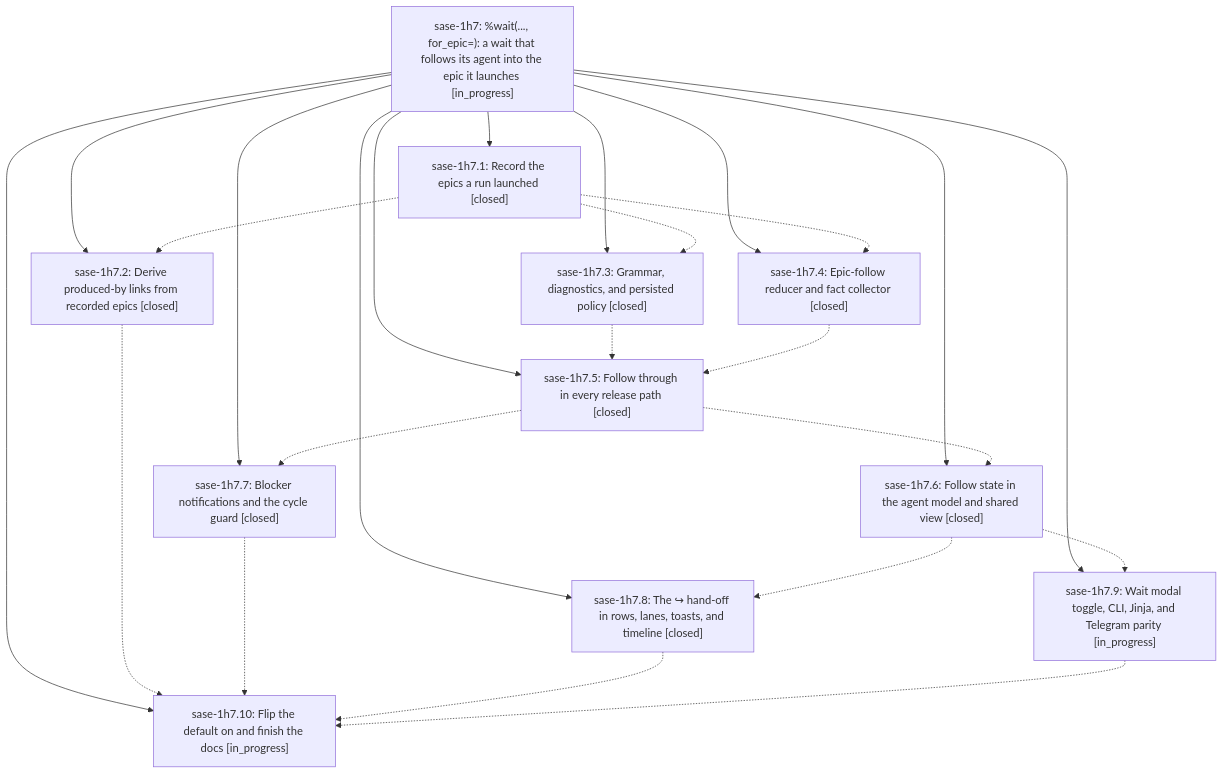
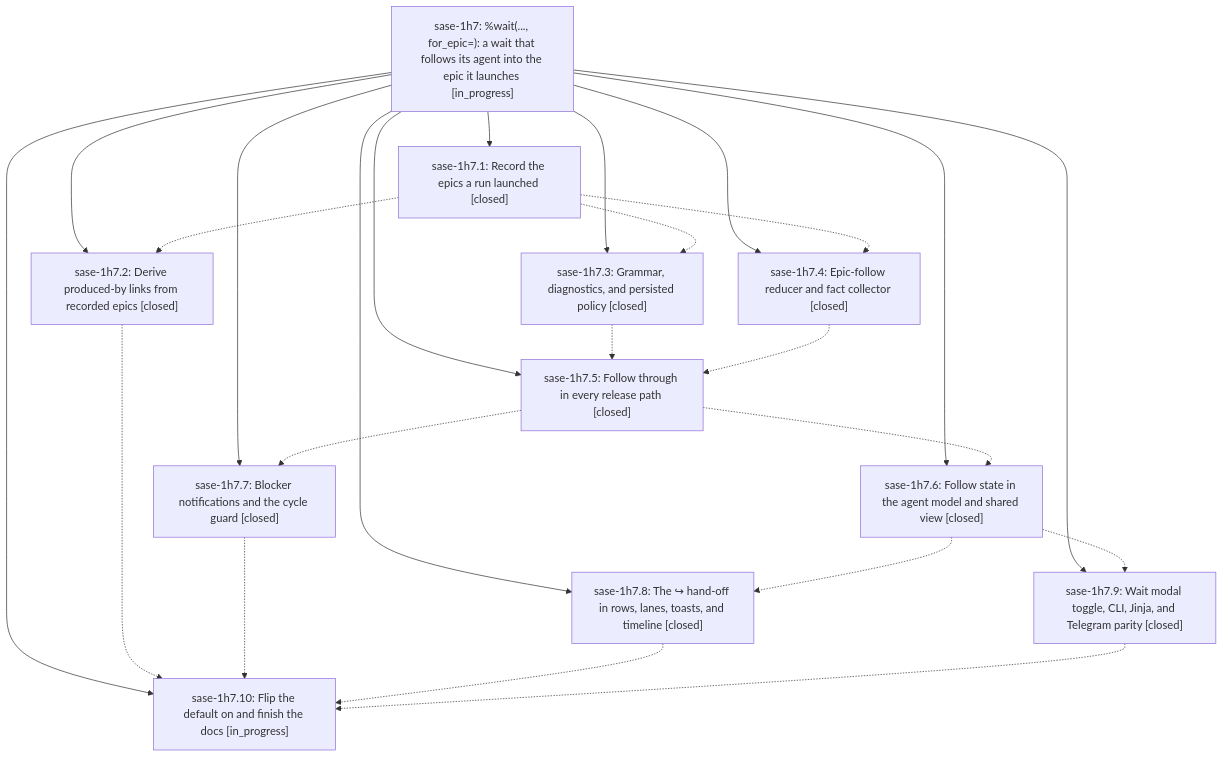
The diagram in pages/sase-1h7/README.md (sase-org/sase--beads), drawn with Mermaid before and after one commit. The commit also changed other lines of this file and 4 other files, not shown here.

````diff
--- a/pages/sase-1h7/README.md
+++ b/pages/sase-1h7/README.md
@@ -55,37 +55,37 @@
 ```mermaid
 flowchart TD
     n0["sase-1h7: %wait(..., for_epic=): a wait that follows its agent into the epic it launches [in_progress]"]
     n1["sase-1h7.1: Record the epics a run launched [closed]"]
     n2["sase-1h7.10: Flip the default on and finish the docs [in_progress]"]
     n3["sase-1h7.2: Derive produced-by links from recorded epics [closed]"]
     n4["sase-1h7.3: Grammar, diagnostics, and persisted policy [closed]"]
     n5["sase-1h7.4: Epic-follow reducer and fact collector [closed]"]
     n6["sase-1h7.5: Follow through in every release path [closed]"]
     n7["sase-1h7.6: Follow state in the agent model and shared view [closed]"]
     n8["sase-1h7.7: Blocker notifications and the cycle guard [closed]"]
     n9["sase-1h7.8: The ↪ hand-off in rows, lanes, toasts, and timeline [closed]"]
-    n10["sase-1h7.9: Wait modal toggle, CLI, Jinja, and Telegram parity [in_progress]"]
+    n10["sase-1h7.9: Wait modal toggle, CLI, Jinja, and Telegram parity [closed]"]
     n0 --> n1
     n0 --> n2
     n0 --> n3
     n0 --> n4
     n0 --> n5
     n0 --> n6
     n0 --> n7
     n0 --> n8
     n0 --> n9
     n0 --> n10
     n1 -.-> n3
     n1 -.-> n4
     n1 -.-> n5
     n3 -.-> n2
     n4 -.-> n6
     n5 -.-> n6
     n6 -.-> n7
     n6 -.-> n8
     n7 -.-> n9
     n7 -.-> n10
     n8 -.-> n2
     n9 -.-> n2
     n10 -.-> n2
 ```
````
